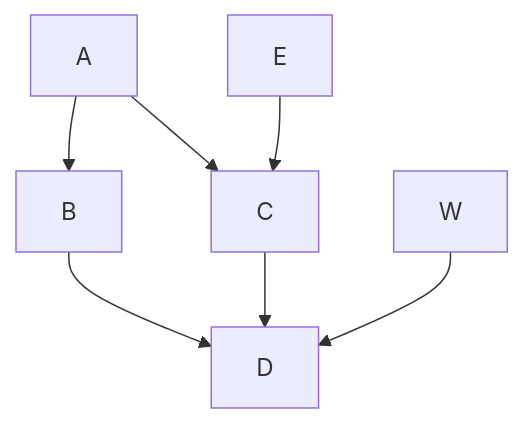
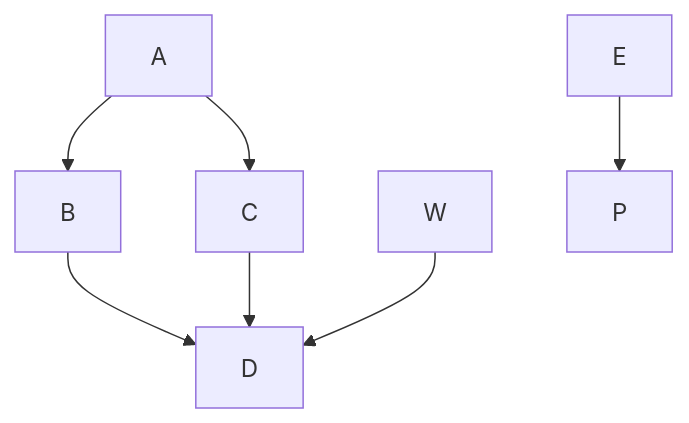
Before and after one commit to vdekercd/vdekercd: the diagram in mermaids/graph.mermaid, drawn with Mermaid.

```diff
--- a/mermaids/graph.mermaid
+++ b/mermaids/graph.mermaid
@@ -1,7 +1,7 @@
 graph TD;
     A-->B;
     A-->C;
     B-->D;
     C-->D;
     W-->D;
-    E-->C;
+    E-->P;
```
